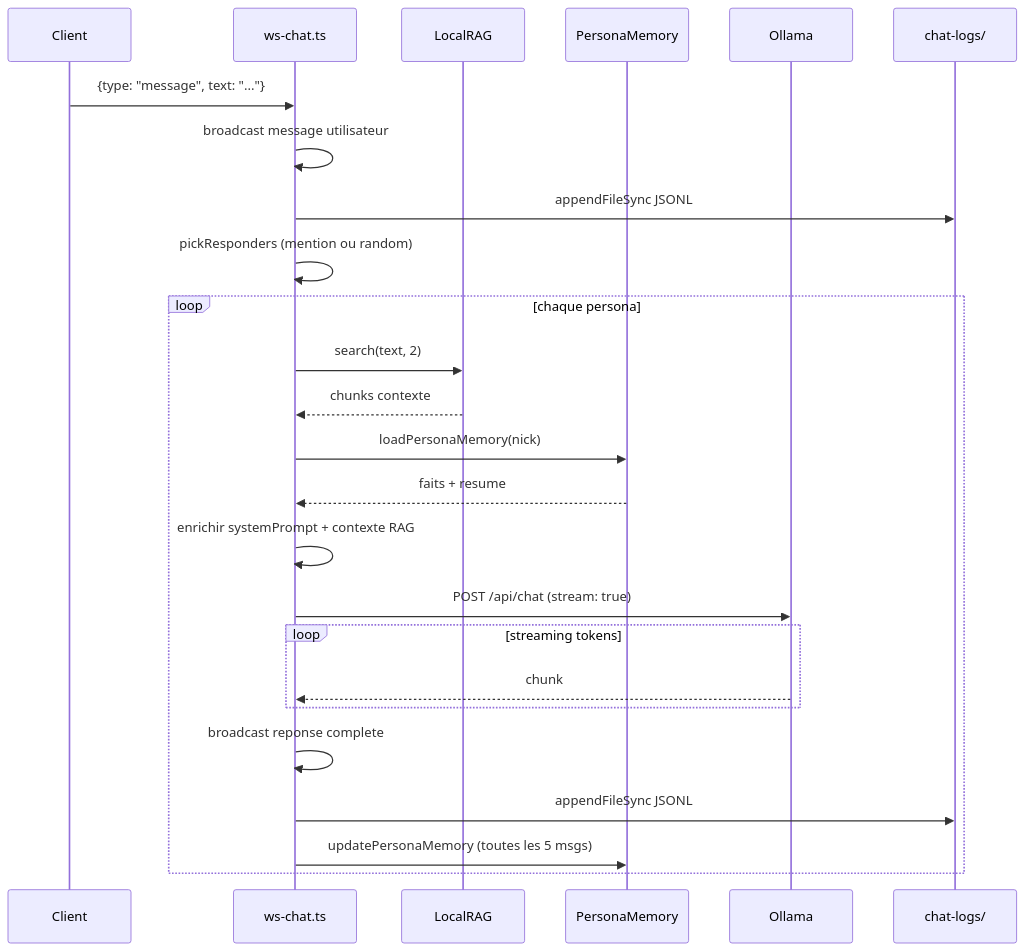
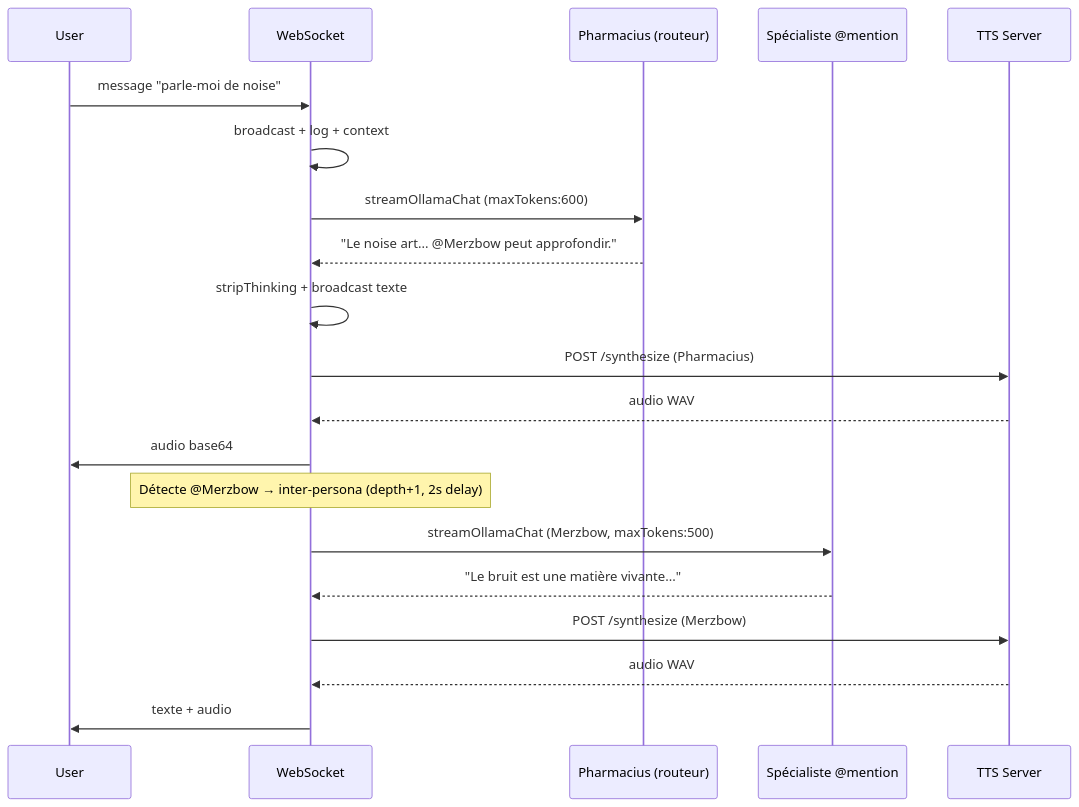
The second of 3 diagrams in docs/ARCHITECTURE.md (electron-rare/kxkm_clown), drawn with Mermaid before and after one commit. The commit also changed other lines of this file and 8 other files, not shown here.

First line of the commit message:
audit: 6 bugs fixes + architecture Mermaid + veille OSS

````diff
--- a/docs/ARCHITECTURE.md
+++ b/docs/ARCHITECTURE.md
@@ -300,29 +64,24 @@
 ```mermaid
 sequenceDiagram
-    participant C as Client
-    participant WS as ws-chat.ts
-    participant RAG as LocalRAG
-    participant Mem as PersonaMemory
-    participant OL as Ollama
-    participant Log as chat-logs/
+    participant U as User
+    participant WS as WebSocket
+    participant Ph as Pharmacius (routeur)
+    participant Sp as Spécialiste @mention
+    participant TTS as TTS Server
 
-    C->>WS: {type: "message", text: "..."}
-    WS->>WS: broadcast message utilisateur
-    WS->>Log: appendFileSync JSONL
-    WS->>WS: pickResponders (mention ou random)
+    U->>WS: message "parle-moi de noise"
+    WS->>WS: broadcast + log + context
+    WS->>Ph: streamOllamaChat (maxTokens:600)
+    Ph-->>WS: "Le noise art... @Merzbow peut approfondir."
+    WS->>WS: stripThinking + broadcast texte
+    WS->>TTS: POST /synthesize (Pharmacius)
+    TTS-->>WS: audio WAV
+    WS->>U: audio base64
 
-    loop chaque persona
-        WS->>RAG: search(text, 2)
-        RAG-->>WS: chunks contexte
-        WS->>Mem: loadPersonaMemory(nick)
-        Mem-->>WS: faits + resume
-        WS->>WS: enrichir systemPrompt + contexte RAG
-        WS->>OL: POST /api/chat (stream: true)
-        loop streaming tokens
-            OL-->>WS: chunk
-        end
-        WS->>WS: broadcast reponse complete
-        WS->>Log: appendFileSync JSONL
-        WS->>Mem: updatePersonaMemory (toutes les 5 msgs)
-    end
+    Note over WS: Détecte @Merzbow → inter-persona (depth+1, 2s delay)
+    WS->>Sp: streamOllamaChat (Merzbow, maxTokens:500)
+    Sp-->>WS: "Le bruit est une matière vivante..."
+    WS->>TTS: POST /synthesize (Merzbow)
+    TTS-->>WS: audio WAV
+    WS->>U: texte + audio
 ```
````
